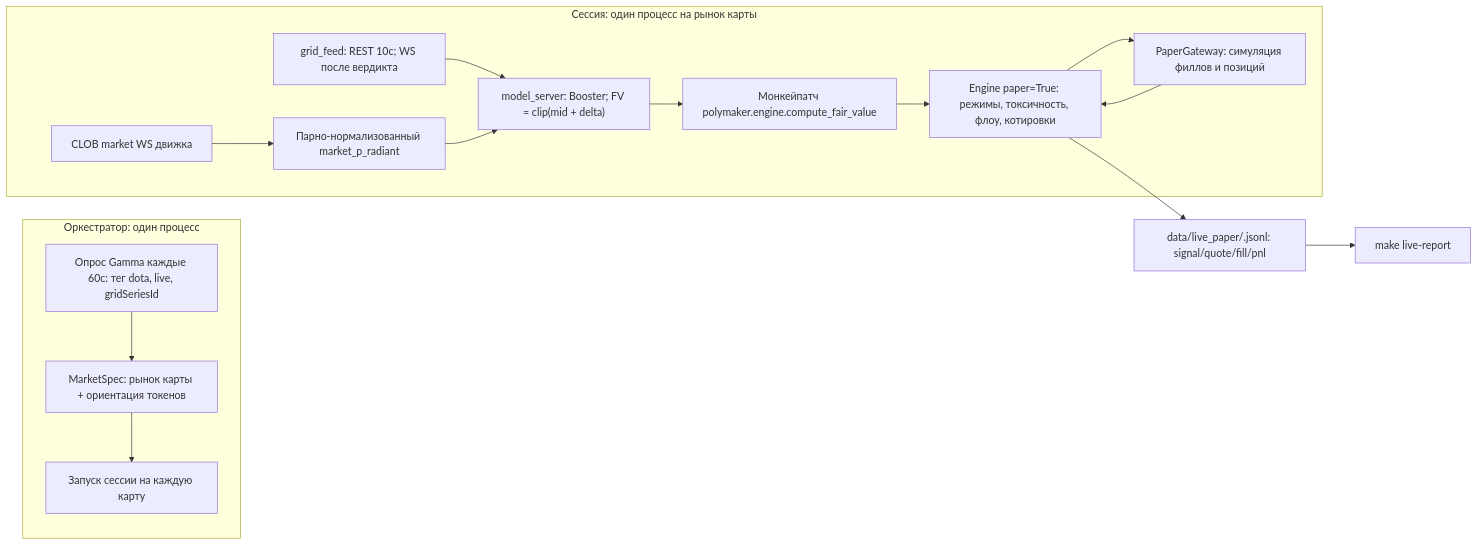
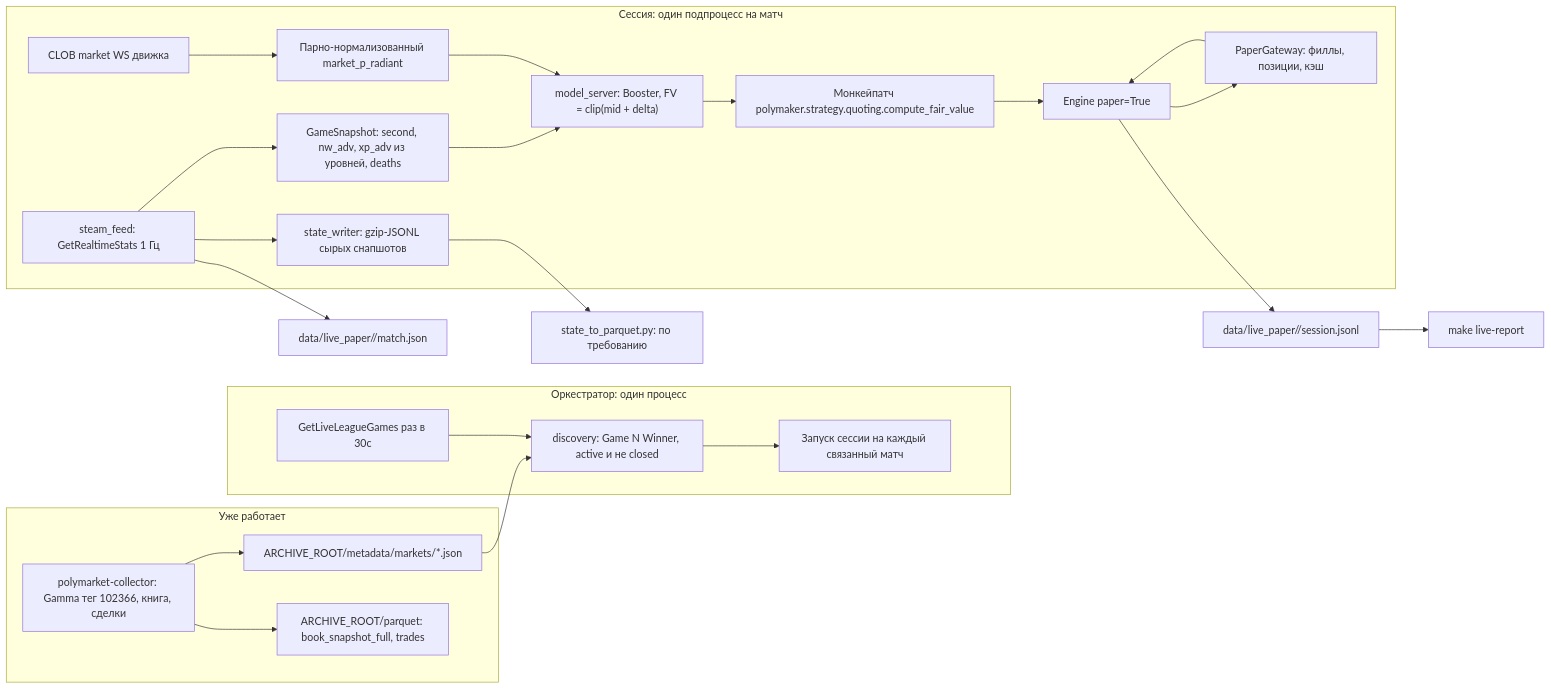
The diagram in .cursor/plans/dota_live_paper_trading_97c73d9d.plan.md (Dimabytes/betting_workspace), drawn with Mermaid before and after one commit. The commit also changed other lines of this file and 3 other files, not shown here.

````diff
--- a/.cursor/plans/dota_live_paper_trading_97c73d9d.plan.md
+++ b/.cursor/plans/dota_live_paper_trading_97c73d9d.plan.md
@@ -55,18 +93,27 @@
 ```mermaid
 flowchart LR
+  subgraph vps [Уже работает]
+    coll["polymarket-collector: Gamma тег 102366, книга, сделки"] --> meta["ARCHIVE_ROOT/metadata/markets/*.json"]
+    coll --> pq["ARCHIVE_ROOT/parquet: book_snapshot_full, trades"]
+  end
   subgraph orch [Оркестратор: один процесс]
-    gamma["Опрос Gamma каждые 60с: тег dota, live, gridSeriesId"] --> spec["MarketSpec: рынок карты + ориентация токенов"]
-    spec --> spawn["Запуск сессии на каждую карту"]
+    meta --> disc["discovery: Game N Winner, active и не closed"]
+    steam["GetLiveLeagueGames раз в 30с"] --> disc
+    disc --> spawn["Запуск сессии на каждый связанный матч"]
   end
-  subgraph sess [Сессия: один процесс на рынок карты]
-    feed["grid_feed: REST 10с; WS после вердикта"] --> model["model_server: Booster; FV = clip(mid + delta)"]
-    books["CLOB market WS движка"] --> mid["Парно-нормализованный market_p_radiant"]
+  subgraph sess [Сессия: один подпроцесс на матч]
+    feed["steam_feed: GetRealtimeStats 1 Гц"] --> raw["state_writer: gzip-JSONL сырых снапшотов"]
+    feed --> snap["GameSnapshot: second, nw_adv, xp_adv из уровней, deaths"]
+    snap --> model["model_server: Booster, FV = clip(mid + delta)"]
+    book["CLOB market WS движка"] --> mid["Парно-нормализованный market_p_radiant"]
     mid --> model
-    model --> patch["Монкейпатч polymaker.engine.compute_fair_value"]
-    patch --> eng["Engine paper=True: режимы, токсичность, флоу, котировки"]
-    eng --> gw["PaperGateway: симуляция филлов и позиций"]
+    model --> patch["Монкейпатч polymaker.strategy.quoting.compute_fair_value"]
+    patch --> eng["Engine paper=True"]
+    eng --> gw["PaperGateway: филлы, позиции, кэш"]
     gw --> eng
   end
-  eng --> jsonl["data/live_paper/<slug>.jsonl: signal/quote/fill/pnl"]
+  raw --> conv["state_to_parquet.py: по требованию"]
+  eng --> jsonl["data/live_paper/<match_id>/session.jsonl"]
+  feed --> mj["data/live_paper/<match_id>/match.json"]
   jsonl --> report["make live-report"]
 ```
````
